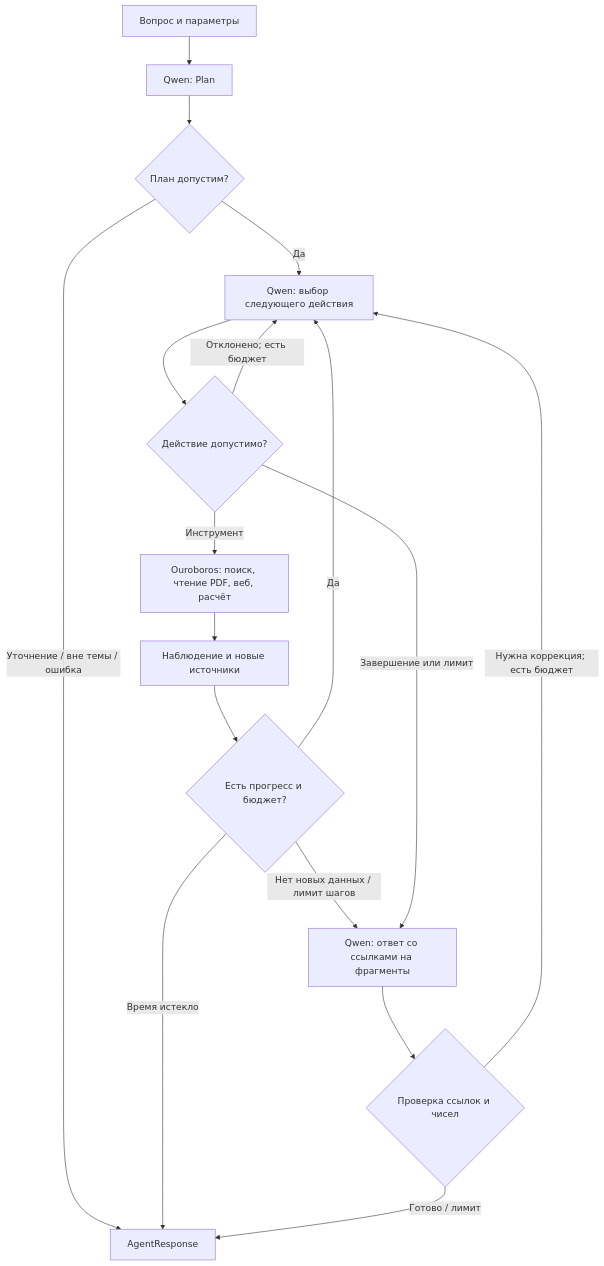
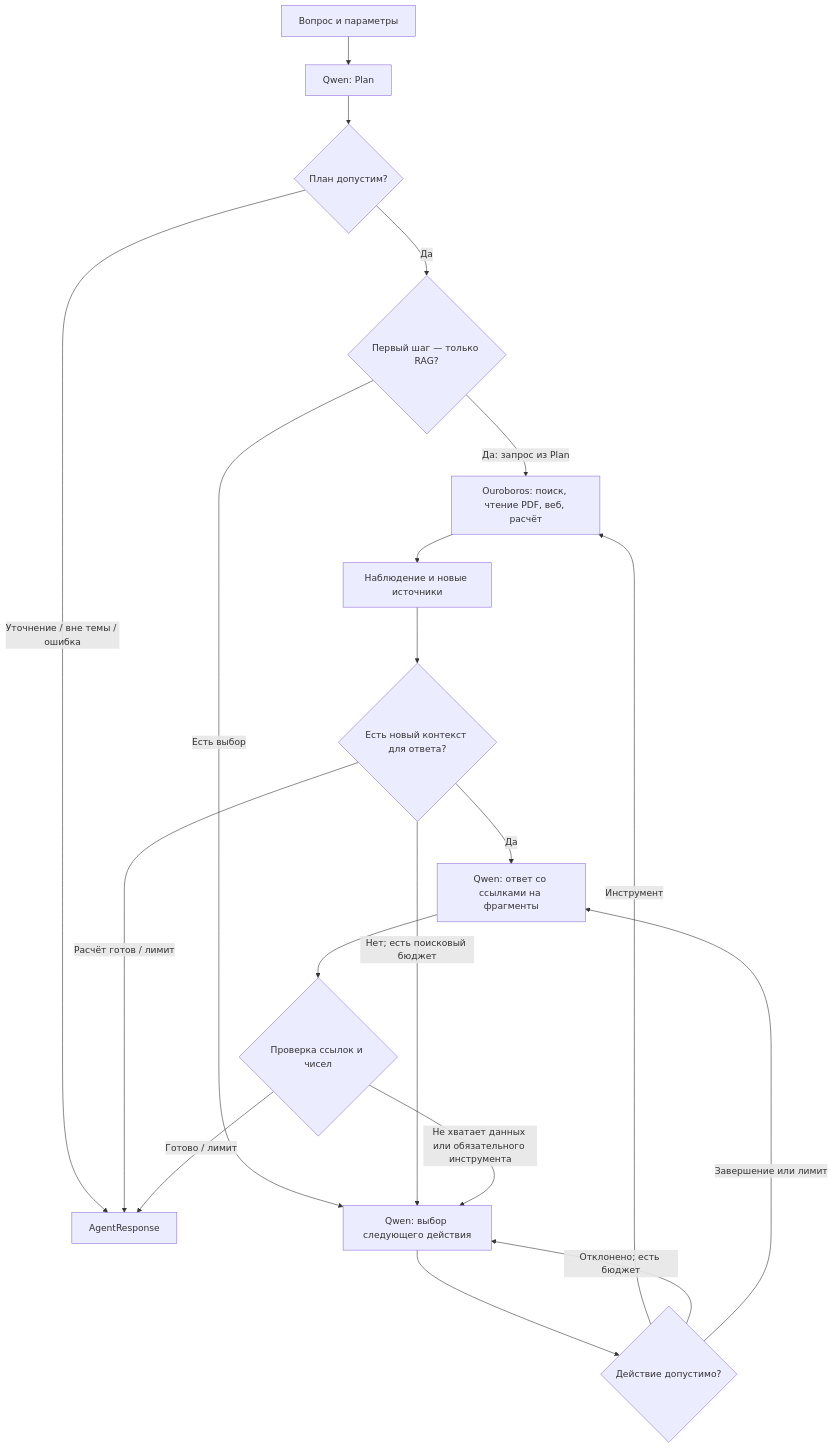
Before and after one commit to moomivee/ai_assistant: the diagram in docs/Architecture.md, drawn with Mermaid. The commit also changed other lines of this file and 15 other files, not shown here.

````diff
--- a/docs/Architecture.md
+++ b/docs/Architecture.md
@@ -5,19 +5,21 @@
 ```mermaid
 flowchart TD
     A["Вопрос и параметры"] --> P["Qwen: Plan"]
     P --> V{"План допустим?"}
     V -->|"Уточнение / вне темы / ошибка"| F["AgentResponse"]
-    V -->|"Да"| D["Qwen: выбор следующего действия"]
+    V -->|"Да"| I{"Первый шаг — только RAG?"}
+    I -->|"Да: запрос из Plan"| T
+    I -->|"Есть выбор"| D["Qwen: выбор следующего действия"]
     D --> G{"Действие допустимо?"}
     G -->|"Инструмент"| T["Ouroboros: поиск, чтение PDF, веб, расчёт"]
     T --> O["Наблюдение и новые источники"]
-    O --> B{"Есть прогресс и бюджет?"}
-    B -->|"Да"| D
-    B -->|"Нет новых данных / лимит шагов"| C
-    B -->|"Время истекло"| F
+    O --> B{"Есть новый контекст для ответа?"}
+    B -->|"Да"| C
+    B -->|"Нет; есть поисковый бюджет"| D
+    B -->|"Расчёт готов / лимит"| F
     G -->|"Отклонено; есть бюджет"| D
     G -->|"Завершение или лимит"| C["Qwen: ответ со ссылками на фрагменты"]
     C --> R{"Проверка ссылок и чисел"}
-    R -->|"Нужна коррекция; есть бюджет"| D
+    R -->|"Не хватает данных или обязательного инструмента"| D
     R -->|"Готово / лимит"| F
 ```
````
